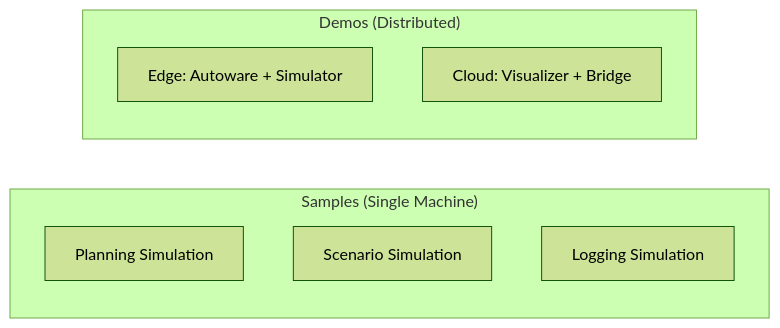
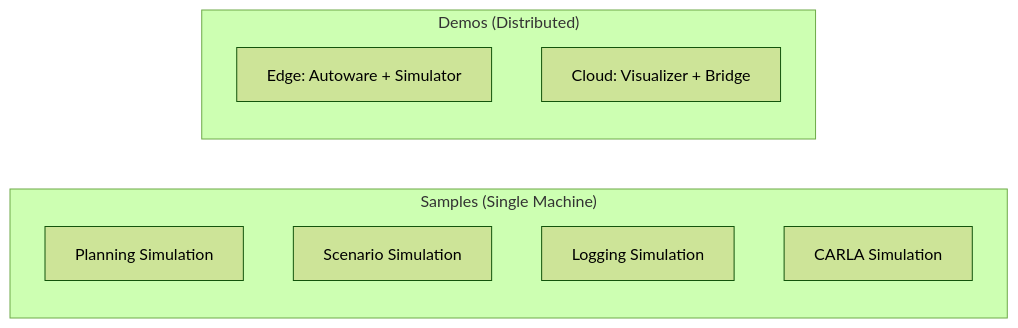
The diagram in docs/deployment/index.md (oguzkaganozt/openadkit), drawn with Mermaid (forest theme) before and after one commit. The commit also changed other lines of this file and 36 other files, not shown here.

````diff
--- a/docs/deployment/index.md
+++ b/docs/deployment/index.md
@@ -50,13 +50,14 @@
 ```mermaid
 graph LR
     subgraph Samples["Samples (Single Machine)"]
         S1[Planning Simulation]
         S2[Scenario Simulation]
         S3[Logging Simulation]
+        S4[CARLA Simulation]
     end
 
     subgraph Demos["Demos (Distributed)"]
         D1[Edge: Autoware + Simulator]
         D2[Cloud: Visualizer + Bridge]
     end
 ```
````
